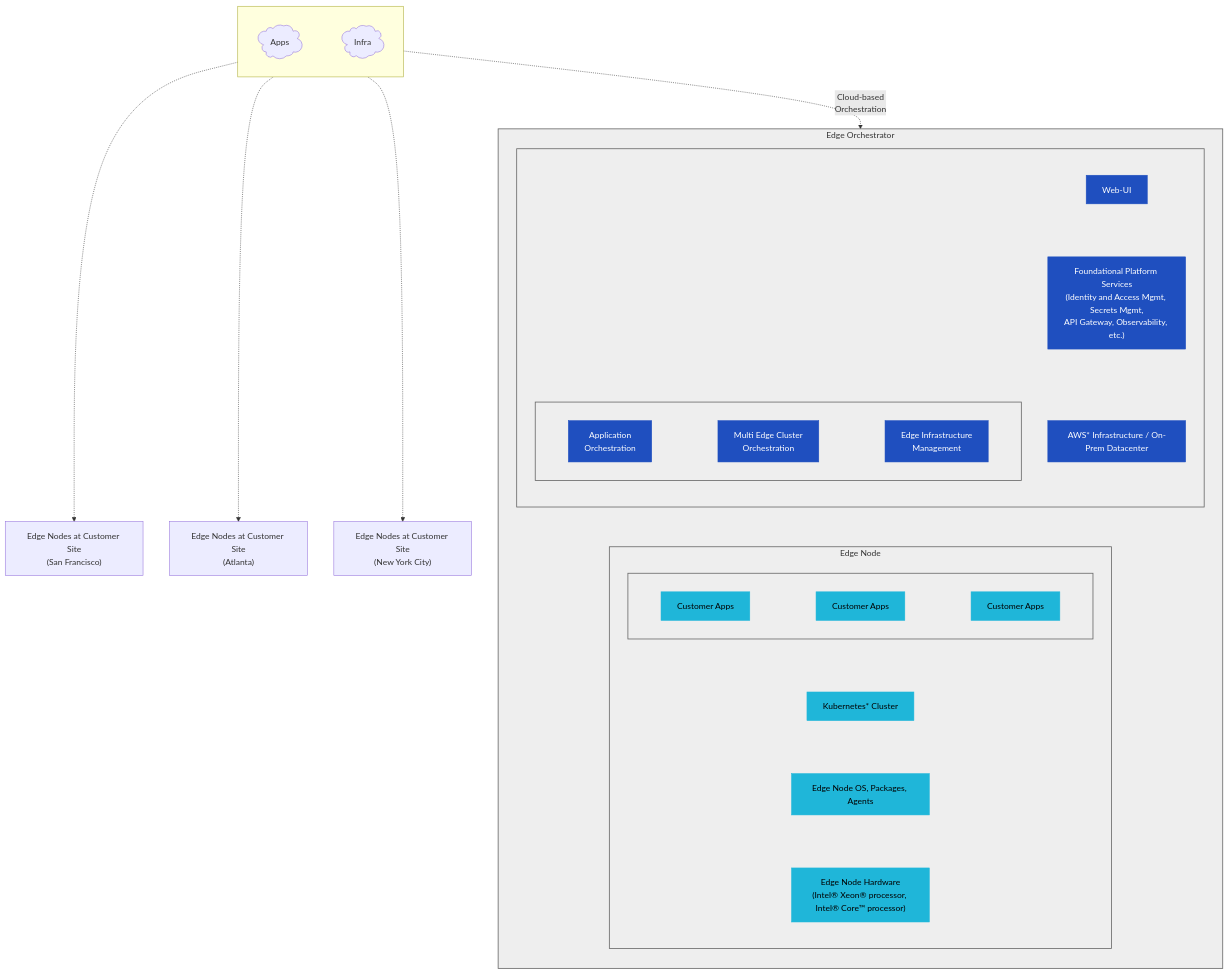
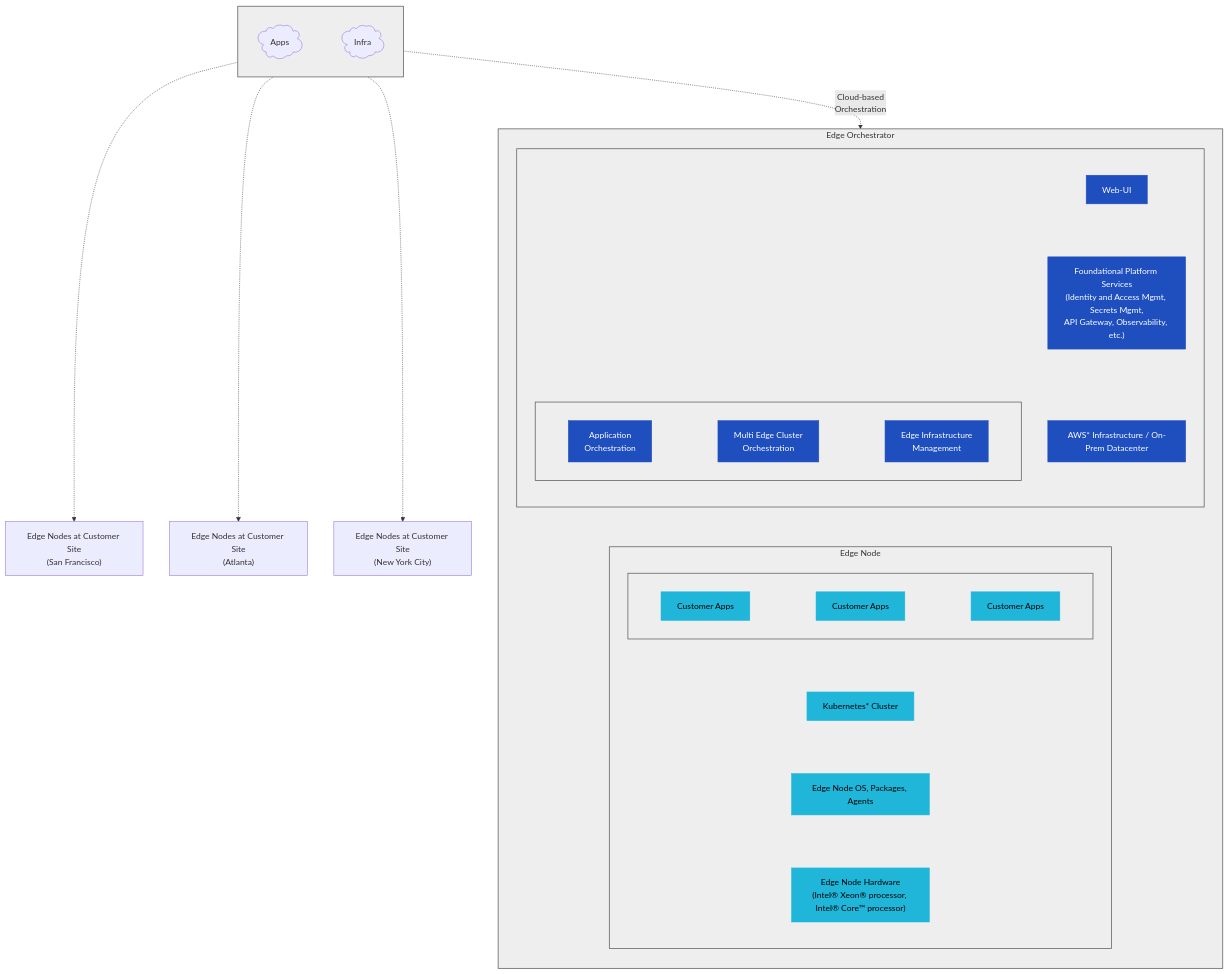
One commit to open-edge-platform/edge-manageability-framework changed the third of 3 diagrams in John.md. Above: the diagram before and after it, drawn with Mermaid.

````diff
--- a/John.md
+++ b/John.md
@@ -17,77 +17,77 @@
 ```mermaid
 flowchart TD
 
     %% LEFT: Cloud
     subgraph Cloud[" "]
     direction LR
     APPS@{ shape: cloud, label: "Apps"  } ~~~
     Infra@{ shape: cloud, label: "Infra"  }
     end
 
     %% EDGE SITES
     SF["Edge Nodes at Customer Site<br>(San Francisco)"]
     ATL["Edge Nodes at Customer Site<br>(Atlanta)"]
     NYC["Edge Nodes at Customer Site<br>(New York City)"]
 
     Cloud -.-> SF
     Cloud -.-> ATL
     Cloud -.-> NYC
 
     %% RIGHT SIDE
     subgraph EO["Edge Orchestrator"]
         direction TB
         subgraph Orch[" "]
         direction TB
         WebUI[Web-UI]
 
         subgraph OrchestrationLayer[" "]
             direction LR
             AppOrch["Application<br>Orchestration"] ~~~
             ClusterOrch["Multi Edge Cluster<br>Orchestration"] ~~~
             InfraMgmt["Edge Infrastructure<br>Management"] 
         end
 
         Platform["Foundational Platform Services<br/>(Identity and Access Mgmt, Secrets Mgmt,<br/>API Gateway, Observability, etc.)"]
 
         AWS[AWS* Infrastructure / On-Prem Datacenter]
 end
         %% EDGE NODE
 
         subgraph EdgeNode["Edge Node"]
             direction TB
             subgraph AppsRow[" "]
                 direction LR
                 CA1[Customer Apps] ~~~
                 CA2[Customer Apps] ~~~
                 CA3[Customer Apps]
             end
 
             K8s[Kubernetes* Cluster]
             OS[Edge Node OS, Packages, Agents]
             HW["Edge Node Hardware<br/>(Intel® Xeon® processor, Intel® Core™ processor)"]
 
             %% Invisible ordering inside Edge Node
             AppsRow ~~~ K8s
             K8s ~~~ OS
             OS ~~~ HW
         end
         %% Invisible ordering inside EO
         WebUI ~~~ Orch
         Orch ~~~ Platform
         Platform ~~~ AWS
         AWS ~~~ EdgeNode
     end
 
 
     Cloud -.-> |"Cloud-based<br>Orchestration"|EO
 
 
     %% Styling
     classDef grey fill:#eeeeee,stroke:#666,stroke-width:1.5px
     classDef blue fill:#1f4fbf,color:#fff,stroke:#1f4fbf;
     classDef lightblue fill:#1fb6d9,color:#000,stroke:#1fb6d9;
 
-    class EO,EdgeNode,AppsRow,Orch,OrchestrationLayer grey;
+    class EO,EdgeNode,AppsRow,Orch,OrchestrationLayer,Cloud grey;
     class WebUI,AppOrch,ClusterOrch,InfraMgmt,Platform,AWS blue;
     class CA1,CA2,CA3,K8s,OS,HW lightblue;
 ```
````
